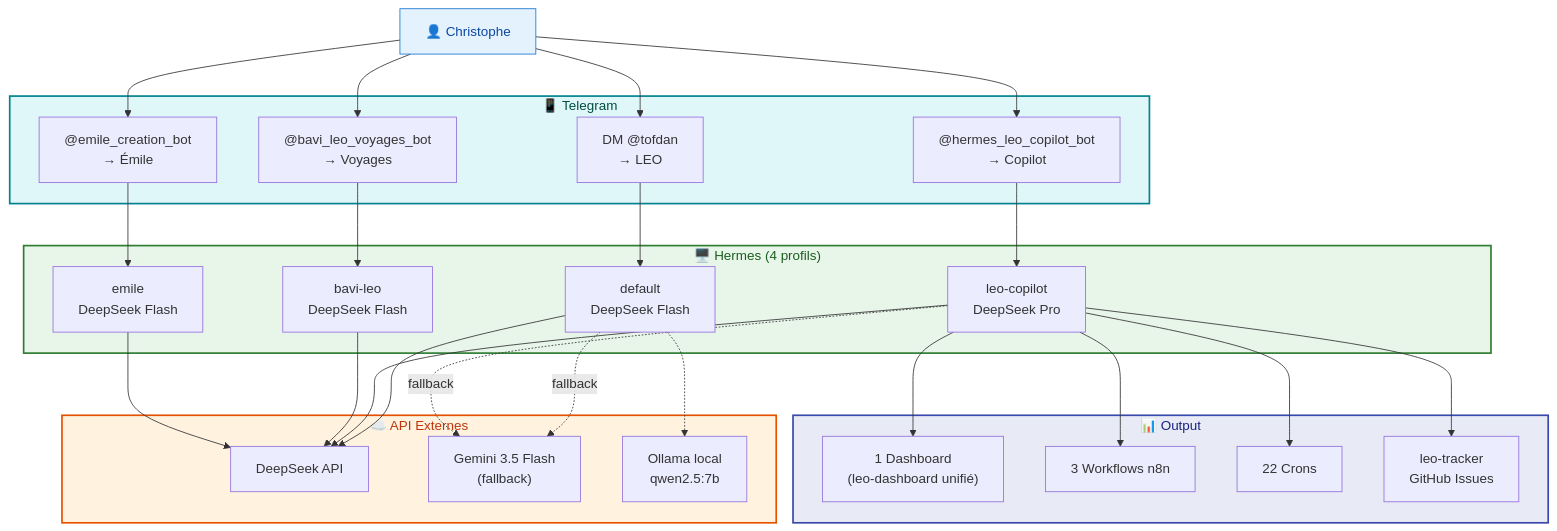
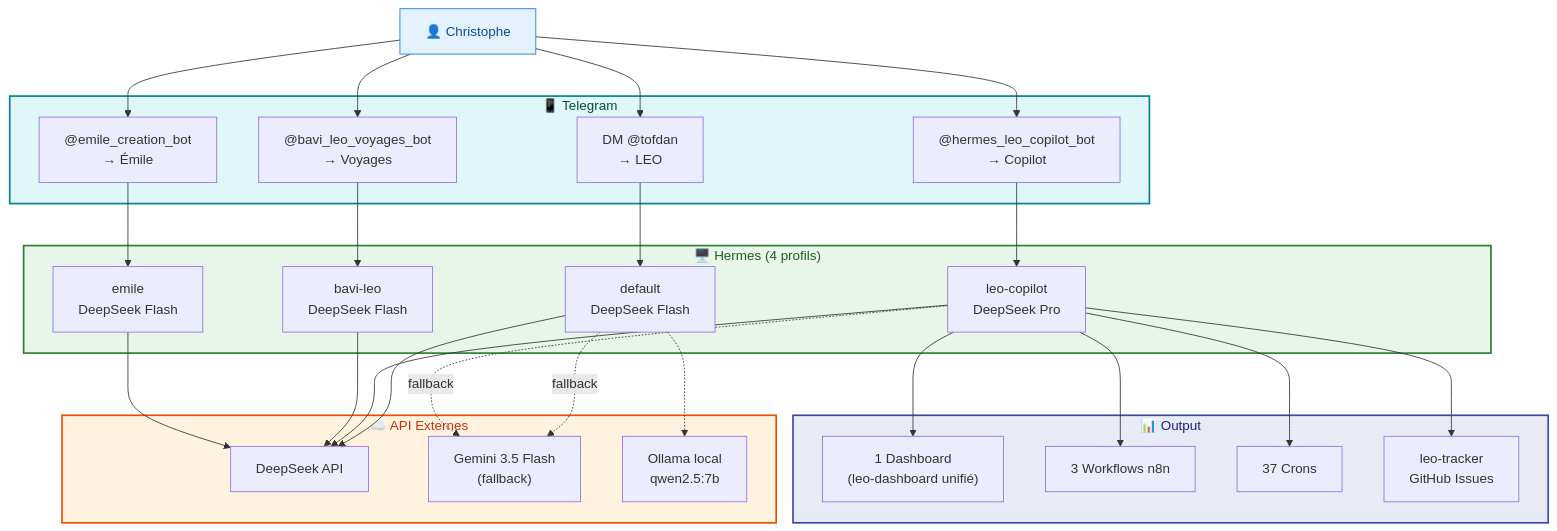
One commit to christophedanhier-hash/hermes-wiki changed the fifth of 5 diagrams in docs/hermes/architecture-communication.md. Above: the diagram before and after it, drawn with Mermaid. The commit also changed other lines of this file and 3 other files, not shown here.

````diff
--- a/docs/hermes/architecture-communication.md
+++ b/docs/hermes/architecture-communication.md
@@ -199,61 +199,61 @@
 ```mermaid
 flowchart TB
     User["👤 Christophe"]
 
     subgraph TELEGRAM["📱 Telegram"]
         DM["DM @tofdan<br/>→ LEO"]
         COP["@hermes_leo_copilot_bot<br/>→ Copilot"]
         VOY["@bavi_leo_voyages_bot<br/>→ Voyages"]
         EMI["@emile_creation_bot<br/>→ Émile"]
     end
 
     subgraph HERMES["🖥️ Hermes (4 profils)"]
         DEF["default<br/>DeepSeek Flash"]
         LCP["leo-copilot<br/>DeepSeek Pro"]
         BAV["bavi-leo<br/>DeepSeek Flash"]
         EMILE["emile<br/>DeepSeek Flash"]
     end
 
     subgraph API["☁️ API Externes"]
         DS["DeepSeek API"]
         GEM["Gemini 3.5 Flash<br/>(fallback)"]
         OLL["Ollama local<br/>qwen2.5:7b"]
     end
 
     subgraph OUTPUT["📊 Output"]
         DASH["1 Dashboard<br/>(leo-dashboard unifié)"]
         N8N["3 Workflows n8n"]
-        CRON["22 Crons"]
+        CRON["37 Crons"]
         ISSUES["leo-tracker<br/>GitHub Issues"]
     end
 
     User --> DM
     User --> COP
     User --> VOY
     User --> EMI
 
     DM --> DEF
     COP --> LCP
     VOY --> BAV
     EMI --> EMILE
 
     DEF --> DS
     LCP --> DS
     BAV --> DS
     EMILE --> DS
 
     DEF -.->|"fallback"| GEM
     DEF -.-> OLL
     LCP -.->|"fallback"| GEM
 
     LCP --> DASH
     LCP --> N8N
     LCP --> CRON
     LCP --> ISSUES
 
     style User fill:#e3f2fd,stroke:#1976d2,color:#0d47a1
     style TELEGRAM fill:#e0f7fa,stroke:#00838f,stroke-width:2px,color:#004d40
     style HERMES fill:#e8f5e9,stroke:#2e7d32,stroke-width:2px,color:#1b5e20
     style API fill:#fff3e0,stroke:#e65100,stroke-width:2px,color:#bf360c
     style OUTPUT fill:#e8eaf6,stroke:#3949ab,stroke-width:2px,color:#1a237e
 ```
````
